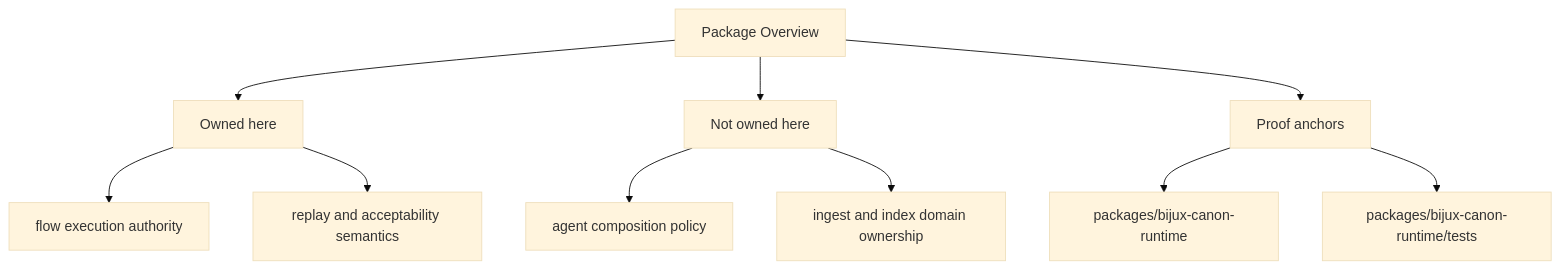
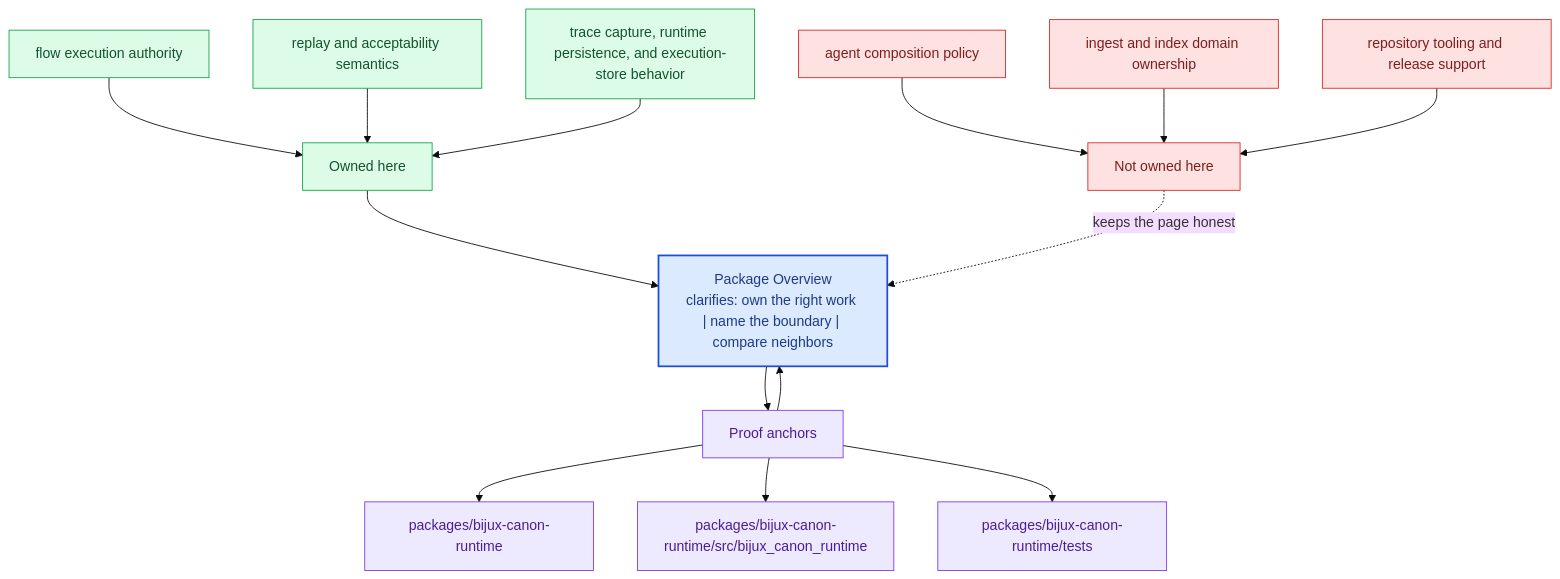
The second of 2 diagrams in docs/bijux-canon-runtime/foundation/package-overview.md (bijux/bijux-canon), drawn with Mermaid (base theme) before and after one commit. The commit also changed other lines of this file and 281 other files, not shown here.

Commit message:
docs(diagrams): deepen handbook mermaid maps across the catalog

````diff
--- a/docs/bijux-canon-runtime/foundation/package-overview.md
+++ b/docs/bijux-canon-runtime/foundation/package-overview.md
@@ -35,22 +68,40 @@
 ```mermaid
-flowchart TD
-    page["Package Overview"]
+flowchart TB
+    promise["Package Overview<br/>clarifies: own the right work | name the boundary | compare neighbors"]
+    classDef promise fill:#dbeafe,stroke:#1d4ed8,color:#1e3a8a,stroke-width:2px;
+    classDef driver fill:#dcfce7,stroke:#16a34a,color:#14532d;
+    classDef constraint fill:#fee2e2,stroke:#dc2626,color:#7f1d1d;
+    classDef ground fill:#ede9fe,stroke:#7c3aed,color:#4c1d95;
     focus1["Owned here"]
-    page --> focus1
+    focus1 --> promise
     focus1_1["flow execution authority"]
-    focus1 --> focus1_1
+    focus1_1 --> focus1
     focus1_2["replay and acceptability semantics"]
-    focus1 --> focus1_2
+    focus1_2 --> focus1
+    focus1_3["trace capture, runtime persistence, and execution-store behavior"]
+    focus1_3 --> focus1
+    class focus1 driver;
+    class focus1_1,focus1_2,focus1_3 driver;
     focus2["Not owned here"]
-    page --> focus2
+    focus2 -.keeps the page honest.-> promise
     focus2_1["agent composition policy"]
-    focus2 --> focus2_1
+    focus2_1 --> focus2
     focus2_2["ingest and index domain ownership"]
-    focus2 --> focus2_2
+    focus2_2 --> focus2
+    focus2_3["repository tooling and release support"]
+    focus2_3 --> focus2
+    class focus2 constraint;
+    class focus2_1,focus2_2,focus2_3 constraint;
     focus3["Proof anchors"]
-    page --> focus3
+    focus3 --> promise
+    promise --> focus3
     focus3_1["packages/bijux-canon-runtime"]
     focus3 --> focus3_1
-    focus3_2["packages/bijux-canon-runtime/tests"]
+    focus3_2["packages/bijux-canon-runtime/src/bijux_canon_runtime"]
     focus3 --> focus3_2
+    focus3_3["packages/bijux-canon-runtime/tests"]
+    focus3 --> focus3_3
+    class focus3 ground;
+    class focus3_1,focus3_2,focus3_3 ground;
+    class promise promise;
 ```
````
